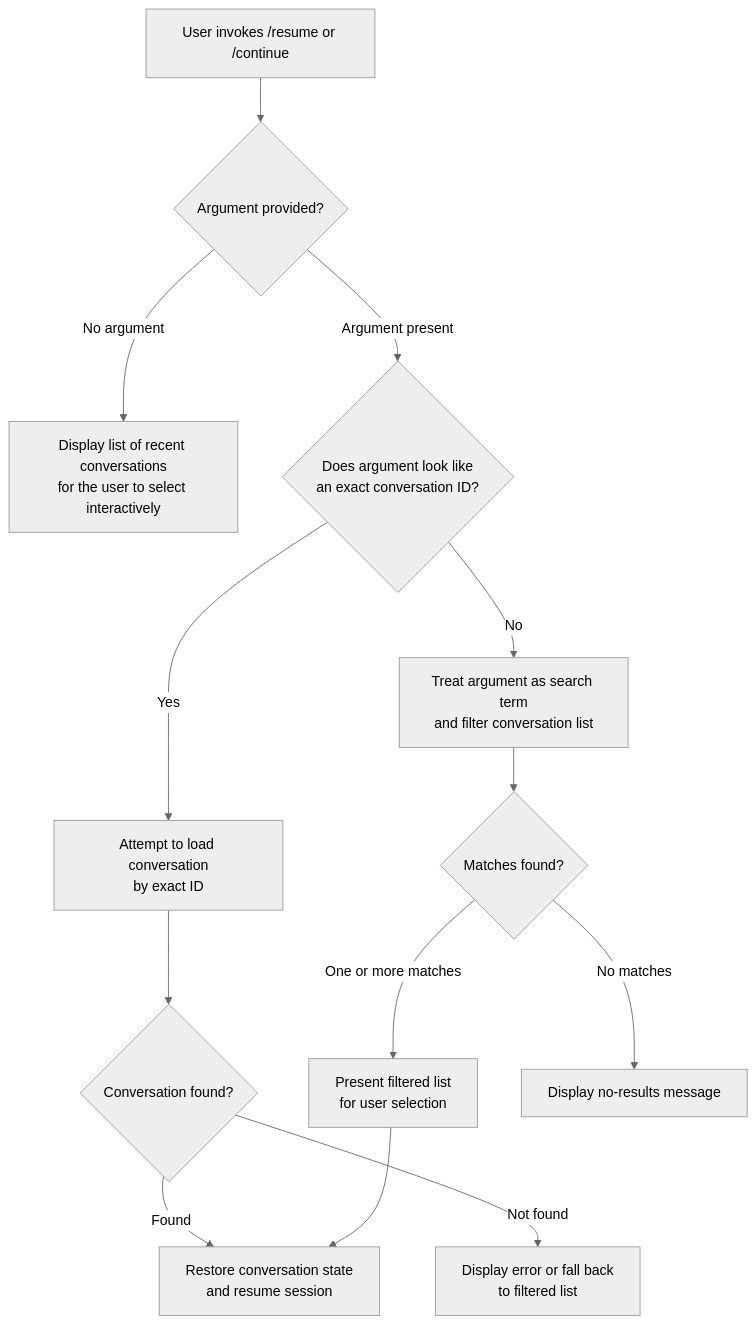
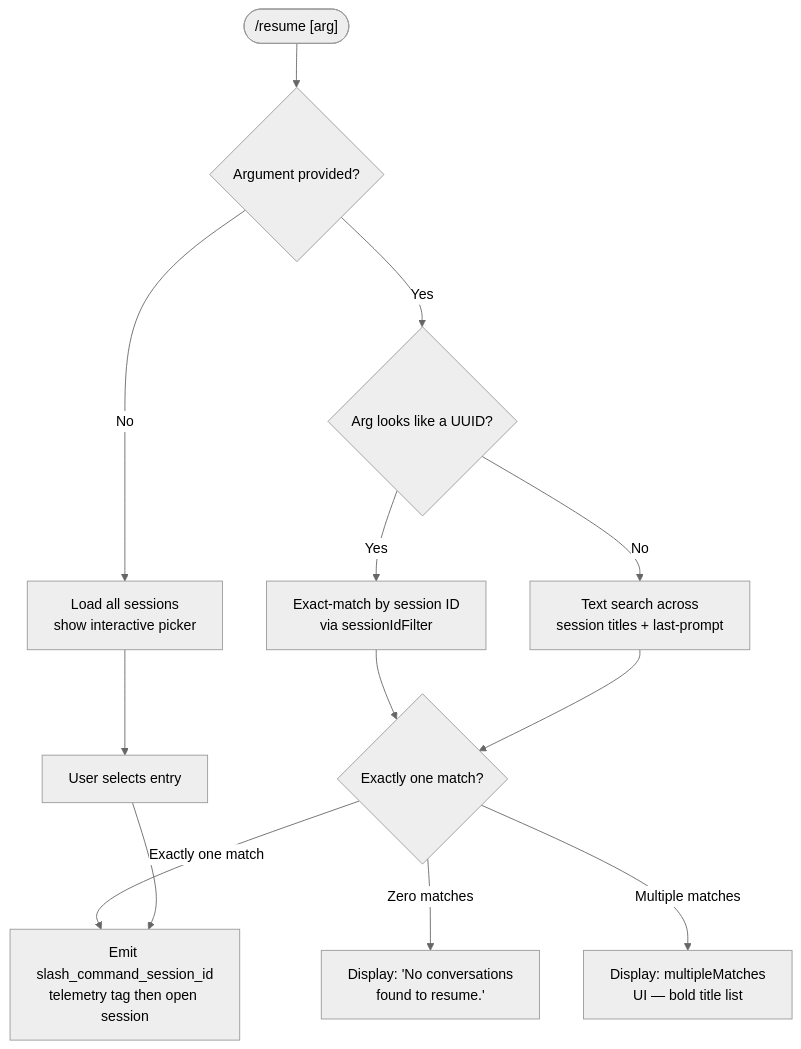
Before and after one commit to MyLittleLuckyDog/cc-gnothi: the diagram in versions/v2.1.141/resume.md, drawn with Mermaid (neutral theme). The commit also changed other lines of this file and 483 other files, not shown here.

````diff
--- a/versions/v2.1.141/resume.md
+++ b/versions/v2.1.141/resume.md
@@ -48,15 +56,14 @@
 ```mermaid
 flowchart TD
-    A[User invokes /resume or /continue] --> B{Argument provided?}
-    B -- No argument --> C[Display list of recent conversations\nfor the user to select interactively]
-    B -- Argument present --> D{Does argument look like\nan exact conversation ID?}
-    D -- Yes --> E[Attempt to load conversation\nby exact ID]
-    D -- No --> F[Treat argument as search term\nand filter conversation list]
-    E --> G{Conversation found?}
-    G -- Found --> H[Restore conversation state\nand resume session]
-    G -- Not found --> I[Display error or fall back\nto filtered list]
-    F --> J{Matches found?}
-    J -- One or more matches --> K[Present filtered list\nfor user selection]
-    J -- No matches --> L[Display no-results message]
-    K --> H
+    A(["/resume [arg]"]) --> B{Argument provided?}
+    B -- No --> C[Load all sessions\nshow interactive picker]
+    B -- Yes --> D{Arg looks like a UUID?}
+    D -- Yes --> E[Exact-match by session ID\nvia sessionIdFilter]
+    D -- No --> F[Text search across\nsession titles + last-prompt]
+    E --> G{Exactly one match?}
+    F --> G
+    G -- Zero matches --> H["Display: 'No conversations\nfound to resume.'"]
+    G -- Multiple matches --> I["Display: multipleMatches\nUI — bold title list"]
+    G -- Exactly one match --> J[Emit slash_command_session_id\ntelemetry tag then open session]
+    C --> K[User selects entry] --> J
 ```
````
